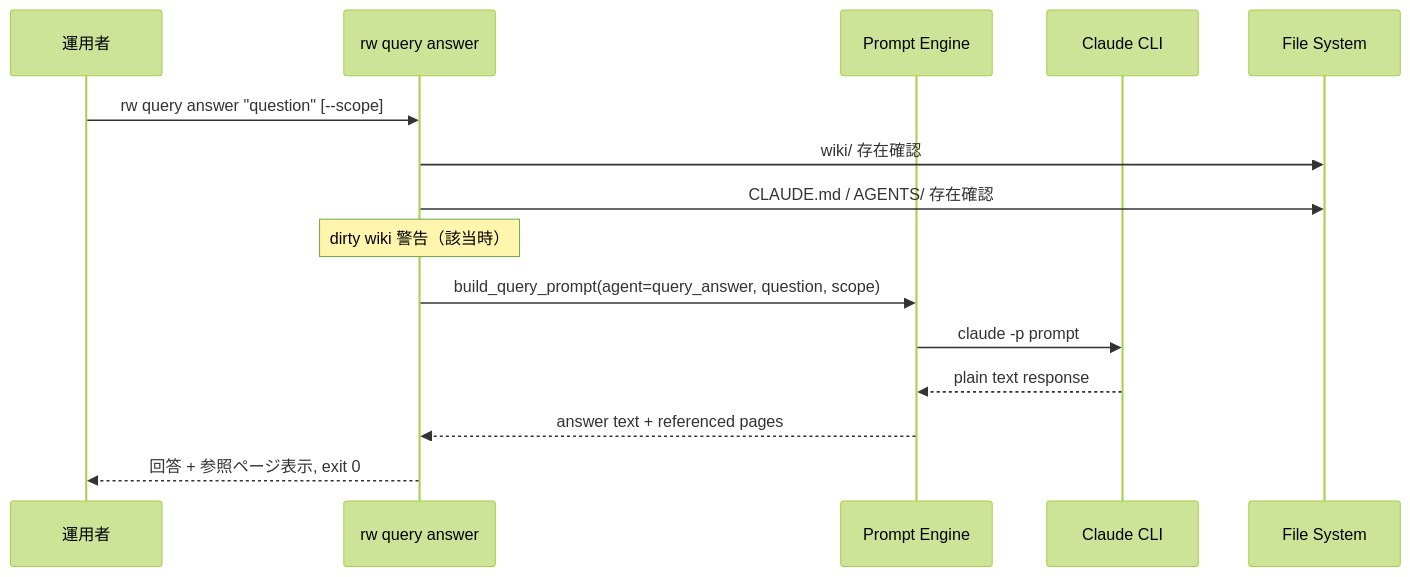
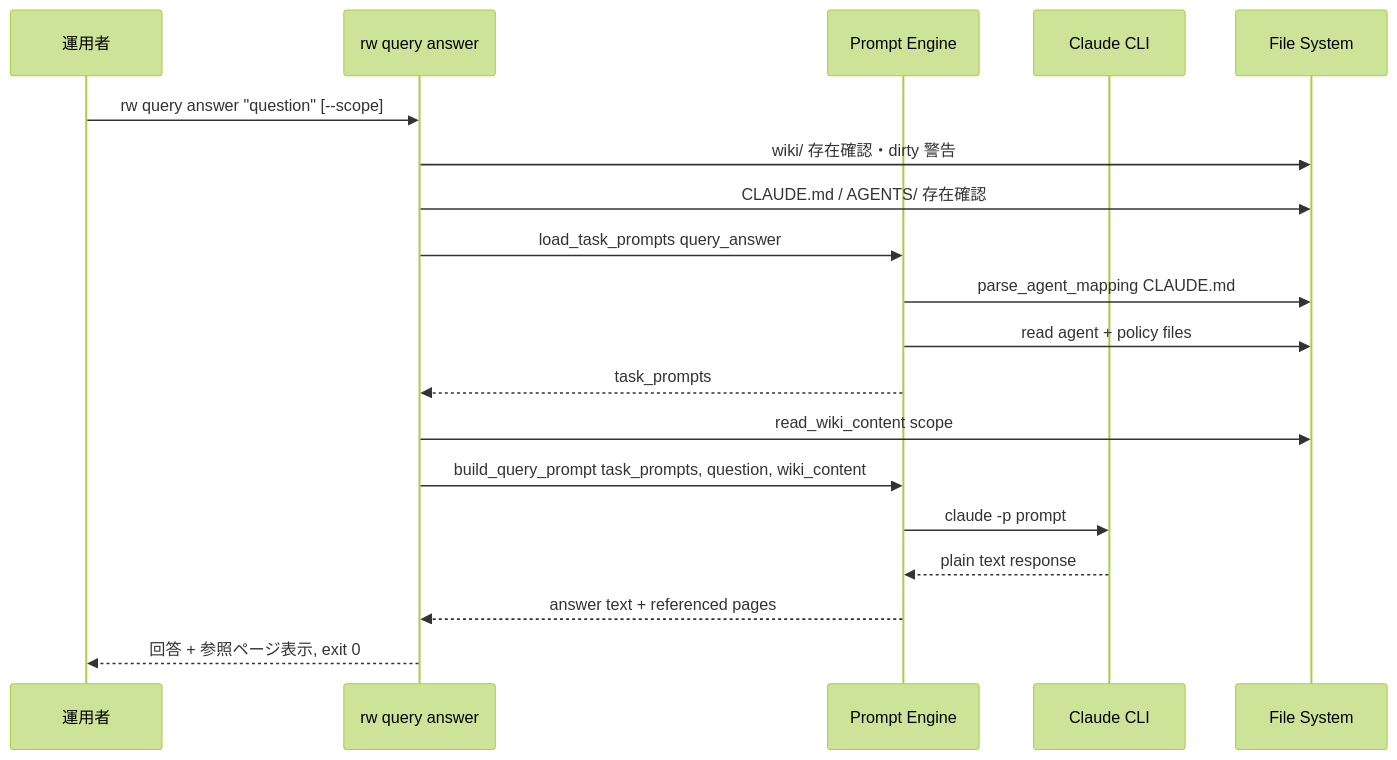
One commit to kenoogl/Rwiki-dev changed the third of 4 diagrams in .kiro/specs/cli-query/design.md. Above: the diagram before and after it, drawn with Mermaid (forest theme). The commit also changed other lines of this file and 3 other files, not shown here.

First line of the commit message:
refactor(cli-query): 設計レビュー反映・承認

````diff
--- a/.kiro/specs/cli-query/design.md
+++ b/.kiro/specs/cli-query/design.md
@@ -202,18 +214,22 @@
 ```mermaid
 sequenceDiagram
     participant User as 運用者
     participant CLI as rw query answer
     participant PE as Prompt Engine
     participant Claude as Claude CLI
     participant FS as File System
 
     User->>CLI: rw query answer "question" [--scope]
-    CLI->>FS: wiki/ 存在確認
+    CLI->>FS: wiki/ 存在確認・dirty 警告
     CLI->>FS: CLAUDE.md / AGENTS/ 存在確認
-    Note over CLI: dirty wiki 警告（該当時）
-    CLI->>PE: build_query_prompt(agent=query_answer, question, scope)
+    CLI->>PE: load_task_prompts query_answer
+    PE->>FS: parse_agent_mapping CLAUDE.md
+    PE->>FS: read agent + policy files
+    PE-->>CLI: task_prompts
+    CLI->>FS: read_wiki_content scope
+    CLI->>PE: build_query_prompt task_prompts, question, wiki_content
     PE->>Claude: claude -p prompt
     Claude-->>PE: plain text response
     PE-->>CLI: answer text + referenced pages
     CLI-->>User: 回答 + 参照ページ表示, exit 0
 ```
````
